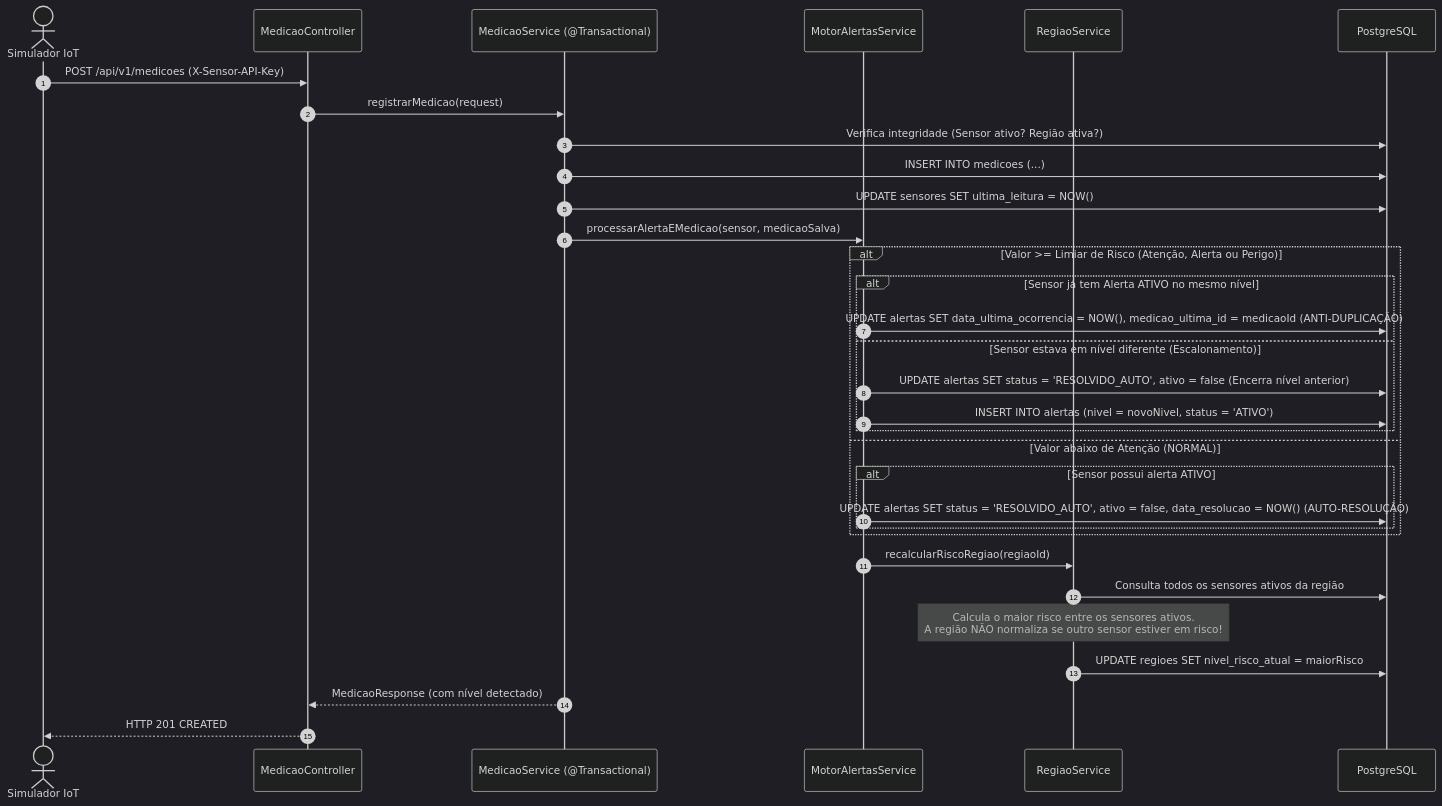
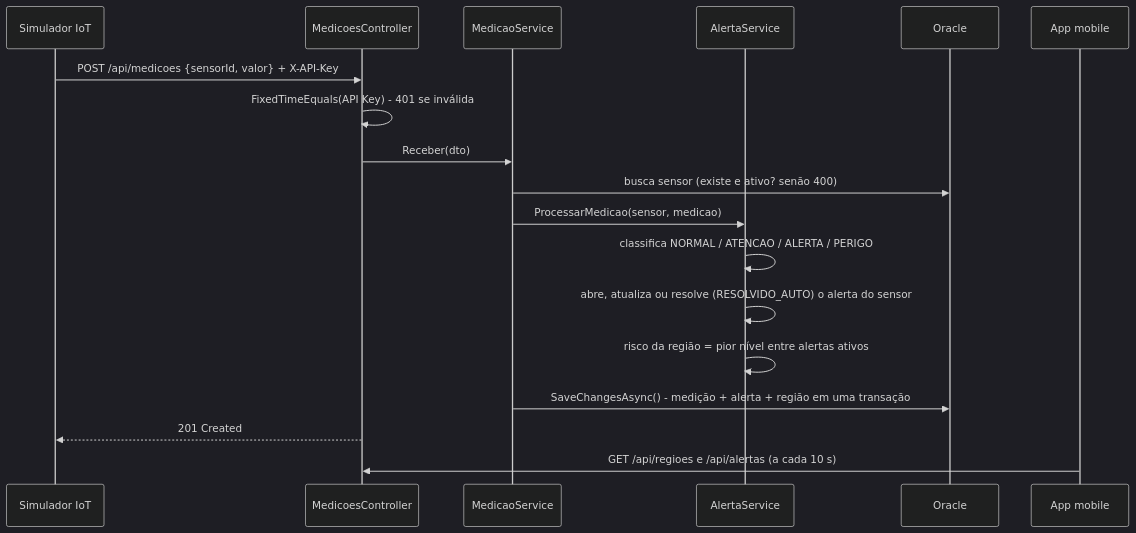
Before and after one commit to GuiSaccomani/AlertaJA: the diagram in docs/arquitetura/arquitetura.md, drawn with Mermaid (dark theme). The commit also changed other lines of this file and 204 other files, not shown here.

First line of the commit message:
feat: projeto AlertaJá em C#/ASP.NET Core + Oracle com testes, frontend mobile e documentação

````diff
--- a/docs/arquitetura/arquitetura.md
+++ b/docs/arquitetura/arquitetura.md
@@ -73,38 +37,20 @@
 ```mermaid
 sequenceDiagram
-    autonumber
-    actor Sensor as Simulador IoT
-    participant API as MedicaoController
-    participant Svc as MedicaoService (@Transactional)
-    participant Motor as MotorAlertasService
-    participant RegiaoSvc as RegiaoService
-    participant DB as PostgreSQL
-
-    Sensor->>API: POST /api/v1/medicoes (X-Sensor-API-Key)
-    API->>Svc: registrarMedicao(request)
-    Svc->>DB: Verifica integridade (Sensor ativo? Região ativa?)
-    Svc->>DB: INSERT INTO medicoes (...)
-    Svc->>DB: UPDATE sensores SET ultima_leitura = NOW()
-    
-    Svc->>Motor: processarAlertaEMedicao(sensor, medicaoSalva)
-    alt Valor >= Limiar de Risco (Atenção, Alerta ou Perigo)
-        alt Sensor já tem Alerta ATIVO no mesmo nível
-            Motor->>DB: UPDATE alertas SET data_ultima_ocorrencia = NOW(), medicao_ultima_id = medicaoId (ANTI-DUPLICAÇÃO)
-        else Sensor estava em nível diferente (Escalonamento)
-            Motor->>DB: UPDATE alertas SET status = 'RESOLVIDO_AUTO', ativo = false (Encerra nível anterior)
-            Motor->>DB: INSERT INTO alertas (nivel = novoNivel, status = 'ATIVO')
-        end
-    else Valor abaixo de Atenção (NORMAL)
-        alt Sensor possui alerta ATIVO
-            Motor->>DB: UPDATE alertas SET status = 'RESOLVIDO_AUTO', ativo = false, data_resolucao = NOW() (AUTO-RESOLUÇÃO)
-        end
-    end
-    
-    Motor->>RegiaoSvc: recalcularRiscoRegiao(regiaoId)
-    RegiaoSvc->>DB: Consulta todos os sensores ativos da região
-    Note over RegiaoSvc: Calcula o maior risco entre os sensores ativos.<br/>A região NÃO normaliza se outro sensor estiver em risco!
-    RegiaoSvc->>DB: UPDATE regioes SET nivel_risco_atual = maiorRisco
-    
-    Svc-->>API: MedicaoResponse (com nível detectado)
-    API-->>Sensor: HTTP 201 CREATED
+    participant S as Simulador IoT
+    participant C as MedicoesController
+    participant M as MedicaoService
+    participant A as AlertaService
+    participant DB as Oracle
+    participant APP as App mobile
+    S->>C: POST /api/medicoes {sensorId, valor} + X-API-Key
+    C->>C: FixedTimeEquals(API Key) - 401 se inválida
+    C->>M: Receber(dto)
+    M->>DB: busca sensor (existe e ativo? senão 400)
+    M->>A: ProcessarMedicao(sensor, medicao)
+    A->>A: classifica NORMAL / ATENCAO / ALERTA / PERIGO
+    A->>A: abre, atualiza ou resolve (RESOLVIDO_AUTO) o alerta do sensor
+    A->>A: risco da região = pior nível entre alertas ativos
+    M->>DB: SaveChangesAsync() - medição + alerta + região em uma transação
+    C-->>S: 201 Created
+    APP->>C: GET /api/regioes e /api/alertas (a cada 10 s)
 ```
````
